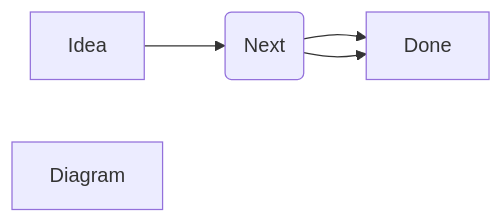
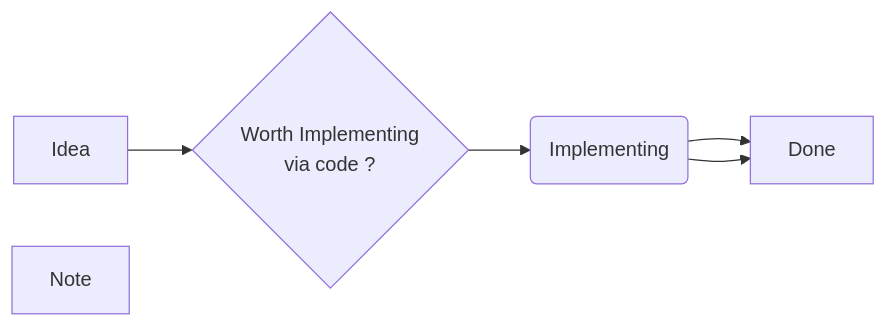
The diagram in source/ToolsAndTech/docs_TechnicalDocumentation/Markup&TypesettingLanguages/Markdown/MD-001.0_MarkdownIntro.md (richMetellus/docs_SphinxDocTemplate), drawn with Mermaid before and after one commit. The commit also changed other lines of this file and 4 other files, not shown here.

````diff
--- a/source/ToolsAndTech/docs_TechnicalDocumentation/Markup&TypesettingLanguages/Markdown/MD-001.0_MarkdownIntro.md
+++ b/source/ToolsAndTech/docs_TechnicalDocumentation/Markup&TypesettingLanguages/Markdown/MD-001.0_MarkdownIntro.md
@@ -14,10 +14,13 @@
 ```mermaid
 flowchart LR
   Idea["Idea"]
-  Next("Next")
+  Next("Implementing")
   Done["Done"]
-  node_muredvrz_9["Diagram"]
-  Idea --> Next
   Next --> Done
   Next --> Done
+  n1{"Worth Implementing \n via code ?"}
+  n1 --> Next
+  Idea --> n1
+  n2["Note"]
+%% nootropy-canvas {"Idea":{"x":9,"y":227},"Next":{"x":203,"y":127},"Done":{"x":324,"y":40},"n1":{"x":141,"y":211},"n2":{"x":452,"y":69,"shape":"sticky"}}
 ```
````
